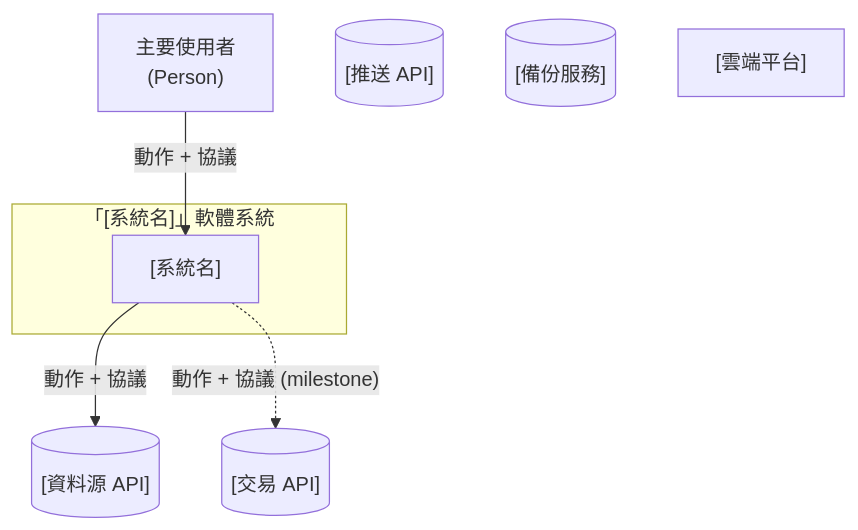
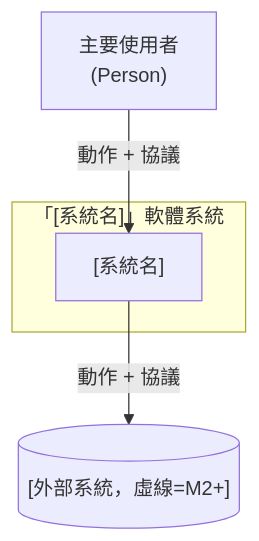
Before and after one commit to Zenobia000/claude-Godzilla-z: the first of 6 diagrams in VibeCoding_Workflow_Templates/03_architecture/sad.md, drawn with Mermaid. The commit also changed other lines of this file and 22 other files, not shown here.

````diff
--- a/VibeCoding_Workflow_Templates/03_architecture/sad.md
+++ b/VibeCoding_Workflow_Templates/03_architecture/sad.md
@@ -73,23 +38,10 @@
 ```mermaid
 flowchart TB
     user["主要使用者<br/>(Person)"]
-
     subgraph boundary["「[系統名]」軟體系統"]
         sys["[系統名]"]
     end
-
-    %% 外部系統：資料源
-    ext1[("[資料源 API]")]
-    %% 外部系統：交易（如有）
-    ext2[("[交易 API]")]
-    %% 外部系統：推送
-    ext3[("[推送 API]")]
-    %% 外部系統：備份
-    ext4[("[備份服務]")]
-    %% 外部系統：託管 IaaS
-    ext5["[雲端平台]"]
-
+    ext1[("[外部系統，虛線=M2+]")]
     user -->|"動作 + 協議"| sys
     sys -->|"動作 + 協議"| ext1
-    sys -.->|"動作 + 協議 (milestone)"| ext2
 ```
````
